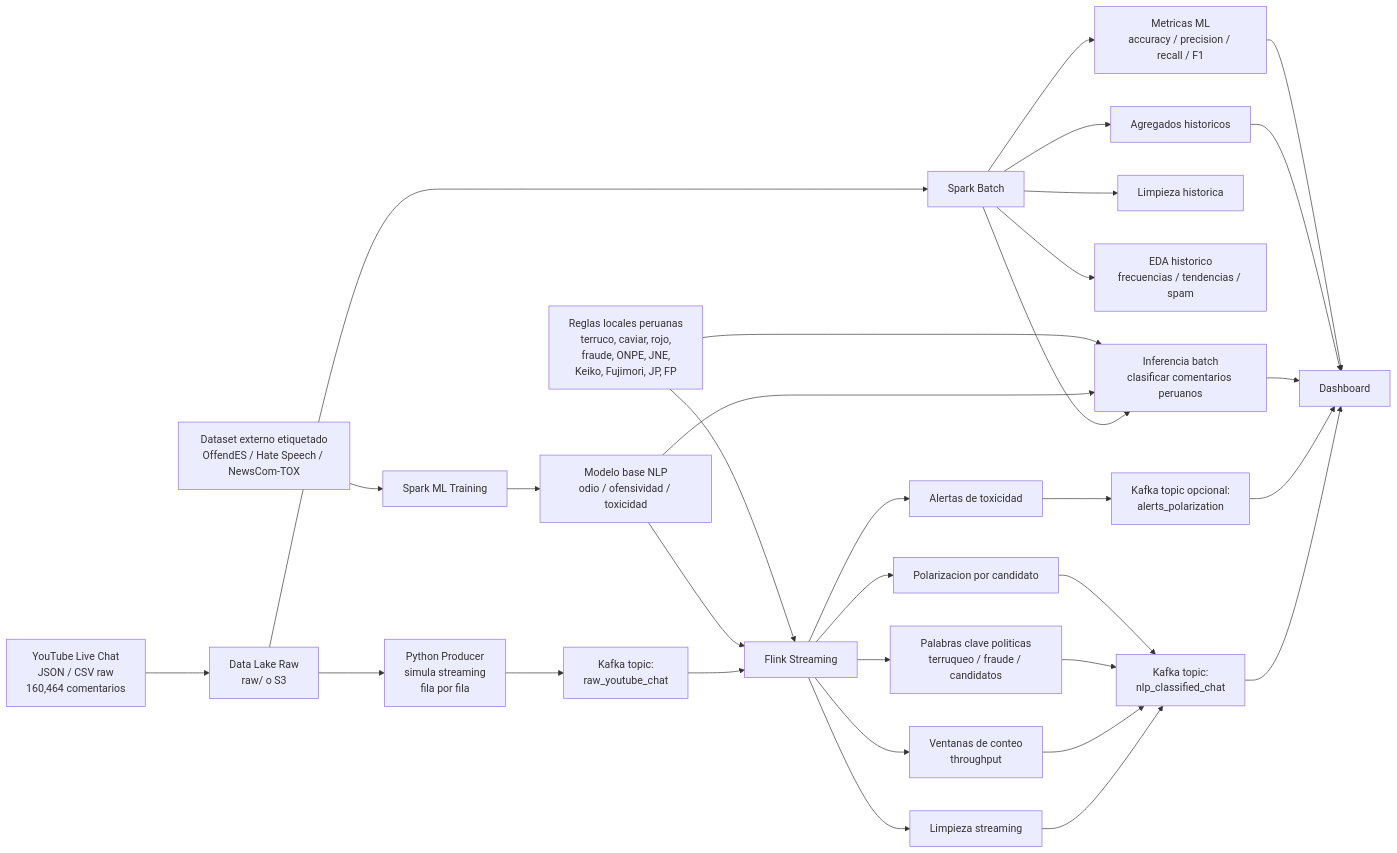
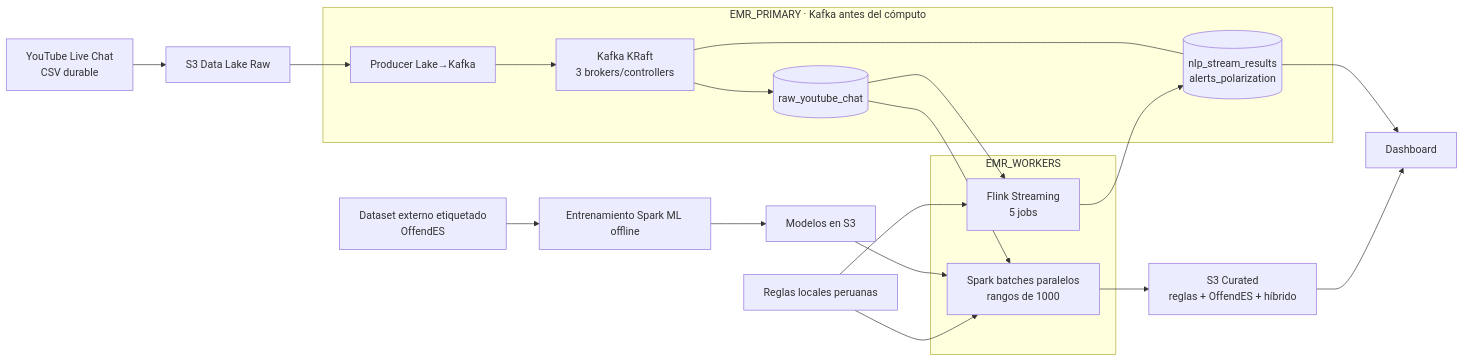
The diagram in plan_pipeline_bigdata_discurso_politico.md (LaterSpec/bigdata-spark-flink), drawn with Mermaid before and after one commit. The commit also changed other lines of this file and 54 other files, not shown here.

First line of the commit message:
Update project documentation and configuration for distributed architecture

````diff
--- a/plan_pipeline_bigdata_discurso_politico.md
+++ b/plan_pipeline_bigdata_discurso_politico.md
@@ -43,43 +46,32 @@
 ```mermaid
 flowchart LR
+    A["YouTube Live Chat<br/>CSV durable"] --> B["S3 Data Lake Raw"]
 
-    A["YouTube Live Chat<br/>JSON / CSV raw<br/>160,464 comentarios"] --> B["Data Lake Raw<br/>raw/ o S3"]
+    subgraph PRIMARY["EMR_PRIMARY · Kafka antes del cómputo"]
+        C["Producer Lake→Kafka"]
+        D["Kafka KRaft<br/>3 brokers/controllers"]
+        RAW[("raw_youtube_chat")]
+        RESULTS[("nlp_stream_results<br/>alerts_polarization")]
+        C --> D --> RAW
+        D --- RESULTS
+    end
 
-    B --> C["Python Producer<br/>simula streaming<br/>fila por fila"]
-    C --> D["Kafka topic:<br/>raw_youtube_chat"]
-    D --> E["Flink Streaming"]
+    subgraph COMPUTE["EMR_WORKERS"]
+        E["Flink Streaming<br/>5 jobs"]
+        N["Spark batches paralelos<br/>rangos de 1000"]
+    end
 
-    E --> F["Limpieza streaming"]
-    E --> G["Ventanas de conteo<br/>throughput"]
-    E --> H["Palabras clave politicas<br/>terruqueo / fraude / candidatos"]
-    E --> I["Polarizacion por candidato"]
-    E --> J["Alertas de toxicidad"]
+    B --> C
+    RAW --> E
+    RAW --> N
+    E --> RESULTS
+    N --> O["S3 Curated<br/>reglas + OffendES + híbrido"]
+    RESULTS --> M["Dashboard"]
+    O --> M
 
-    F --> K["Kafka topic:<br/>nlp_classified_chat"]
-    G --> K
-    H --> K
-    I --> K
-    J --> L["Kafka topic opcional:<br/>alerts_polarization"]
-
-    K --> M["Dashboard"]
-    L --> M
-
-    B --> N["Spark Batch"]
-    N --> O["Limpieza historica"]
-    N --> P["EDA historico<br/>frecuencias / tendencias / spam"]
-    N --> Q["Inferencia batch<br/>clasificar comentarios peruanos"]
-    N --> R["Agregados historicos"]
-    N --> S["Metricas ML<br/>accuracy / precision / recall / F1"]
-
-    Q --> M
-    R --> M
-    S --> M
-
-    T["Dataset externo etiquetado<br/>OffendES / Hate Speech / NewsCom-TOX"] --> U["Spark ML Training"]
-    U --> V["Modelo base NLP<br/>odio / ofensividad / toxicidad"]
-    V --> Q
-    V --> E
-
-    W["Reglas locales peruanas<br/>terruco, caviar, rojo,<br/>fraude, ONPE, JNE,<br/>Keiko, Fujimori, JP, FP"] --> E
-    W --> Q
+    T["Dataset externo etiquetado<br/>OffendES"] --> U["Entrenamiento Spark ML offline"]
+    U --> V["Modelos en S3"]
+    V --> N
+    W["Reglas locales peruanas"] --> E
+    W --> N
 ```
````
